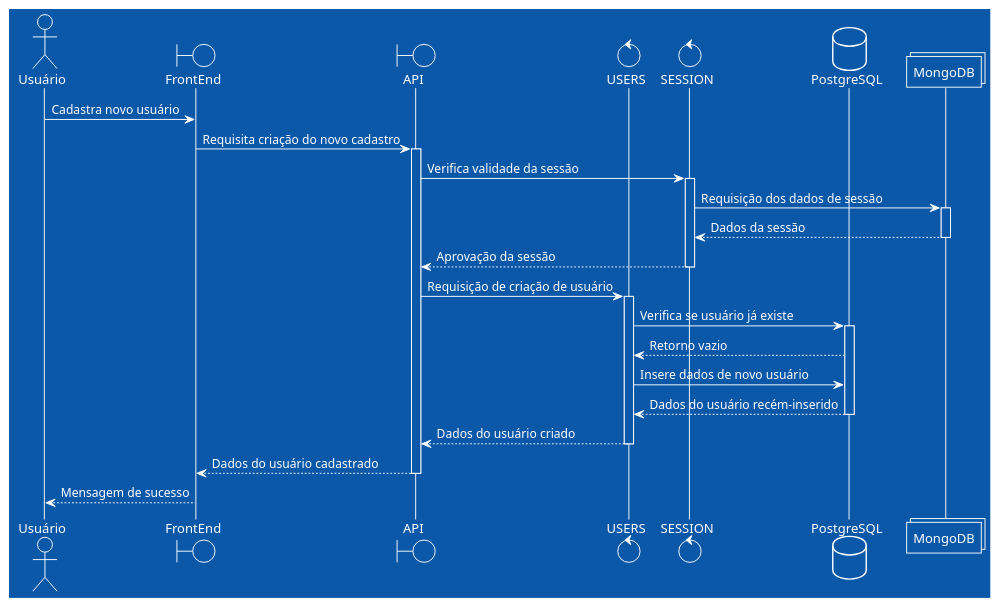
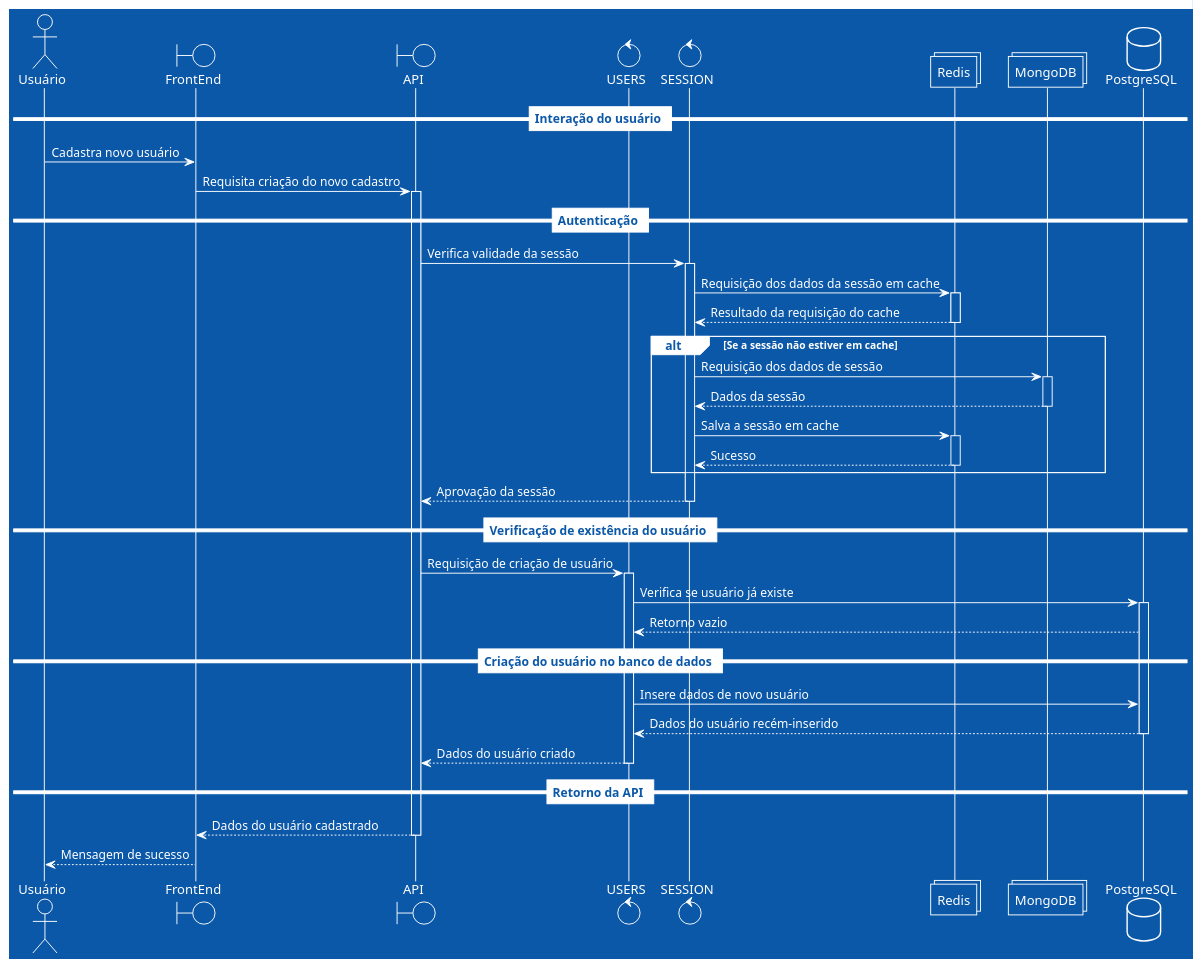
Before and after one commit to Minerva-System/minerva-system: the diagram in docs/src/diagramas/cadastro-usuarios.md, drawn with PlantUML. The commit also changed 4 other files, not shown here.

Commit message:
Modify all sequence diagrams to leverage Redis caching and better formatting

````diff
--- a/docs/src/diagramas/cadastro-usuarios.md
+++ b/docs/src/diagramas/cadastro-usuarios.md
@@ -5,39 +5,65 @@
 ```plantuml
 @startuml
 !theme amiga
 actor       Usuário    as ator
 boundary    FrontEnd   as frontend
 boundary    API        as api
 control     USERS      as users
 control     SESSION    as session
+collections Redis      as redis
+collections MongoDB    as mongo
 database    PostgreSQL as postgres
-collections MongoDB    as mongo
+
+== Interação do usuário ==
 
 ator     ->  frontend:     Cadastra novo usuário
 frontend ->  api:          Requisita criação do novo cadastro
 activate api
-api      ->  session:      Verifica validade da sessão
+
+== Autenticação ==
+
+api      ->  session:  Verifica validade da sessão
 activate session
-session  ->  mongo:        Requisição dos dados de sessão
-activate mongo
-session  <-- mongo:        Dados da sessão
-deactivate mongo
-api      <-- session:      Aprovação da sessão
+session  ->  redis:    Requisição dos dados da sessão em cache
+activate redis
+session  <-- redis:    Resultado da requisição do cache
+deactivate redis
+
+alt Se a sessão não estiver em cache
+	session ->  mongo: Requisição dos dados de sessão
+	activate mongo
+	session <-- mongo: Dados da sessão
+	deactivate mongo
+	session ->  redis: Salva a sessão em cache
+	activate redis
+	session <-- redis: Sucesso
+	deactivate redis
+end
+
+api   <-- session:  Aprovação da sessão
 deactivate session
+
+== Verificação de existência do usuário ==
 
 api      ->  users:        Requisição de criação de usuário
 activate users
 users    ->  postgres:     Verifica se usuário já existe
 activate postgres
 users    <-- postgres:     Retorno vazio
+
+== Criação do usuário no banco de dados ==
+
 users    ->  postgres:     Insere dados de novo usuário
 users    <-- postgres:     Dados do usuário recém-inserido
 deactivate postgres
 api      <-- users:        Dados do usuário criado
 deactivate users
+
+== Retorno da API ==
+
 frontend <-- api:          Dados do usuário cadastrado
 deactivate api
 ator     <-- frontend:     Mensagem de sucesso
 
 @enduml
 ```
````
